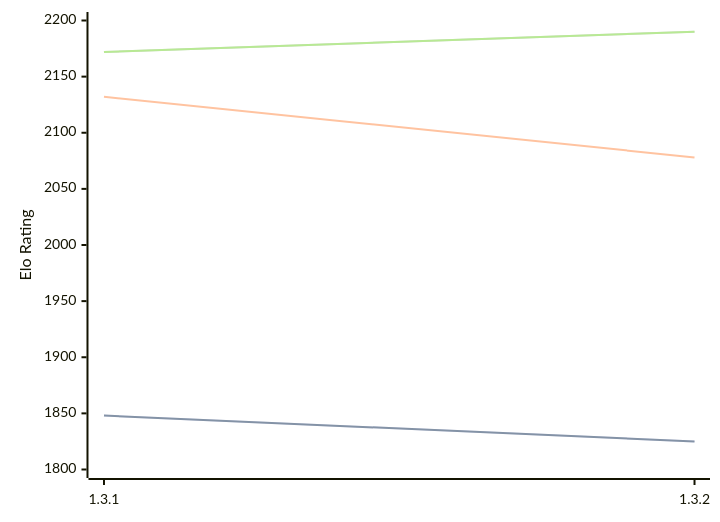
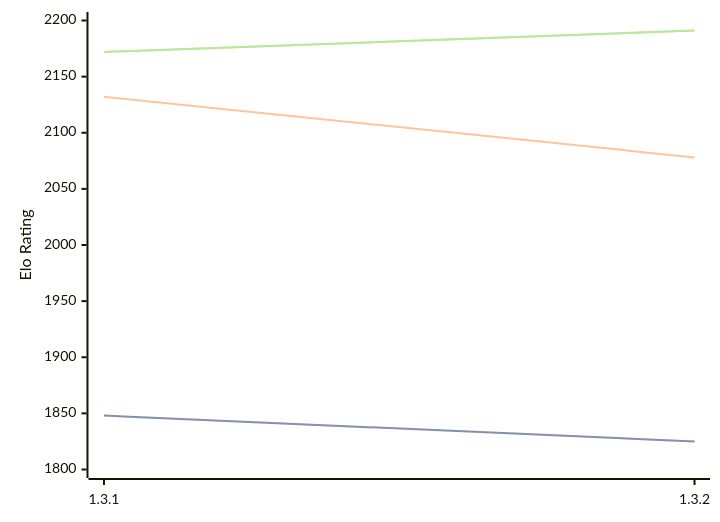
One commit to computer-chess-index/cci changed the third of 3 diagrams in engines/Zugblitz.md. Above: the diagram before and after it, drawn with Mermaid. The commit also changed other lines of this file, not shown here.

Commit message:
Update CCI Ratings (ELO VLTC) - 2026-07-17

````diff
--- a/engines/Zugblitz.md
+++ b/engines/Zugblitz.md
@@ -65,11 +65,11 @@
 ```mermaid
 %%{init: {"theme":"base","themeVariables":{"seriesColors:['#a3a3a3','#222221','#faa371']}}}%%
 xychart-beta
   x-axis ["1.3.1", "1.3.2"]
   y-axis "Elo Rating" 1800 --> 2200
   line "STC (8.0+0.08s)" [1848, 1825]
   line "STC (8.0+0.08s)" [1848, 1825]
   line "LTC (60.0+0.60s)" [2132, 2078]
-  line "VLTC (2m24s+1.12s)" [2172, 2190]
-  line "VLTC (2m24s+1.12s)" [2172, 2190]
+  line "VLTC (2m24s+1.12s)" [2172, 2191]
+  line "VLTC (2m24s+1.12s)" [2172, 2191]
 ```
````
